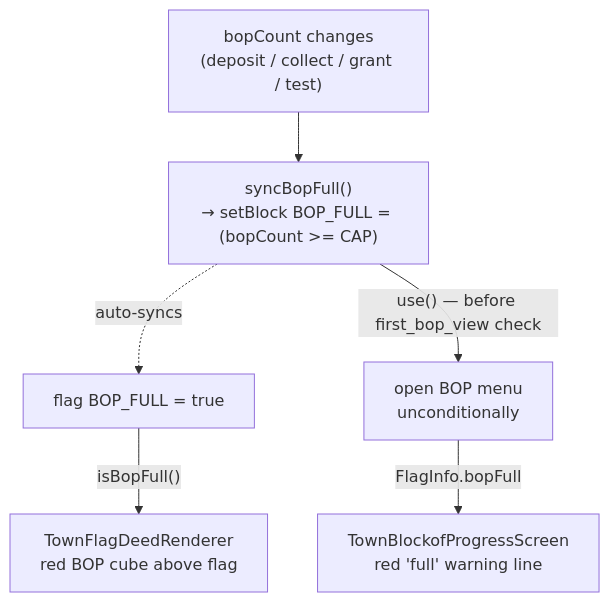
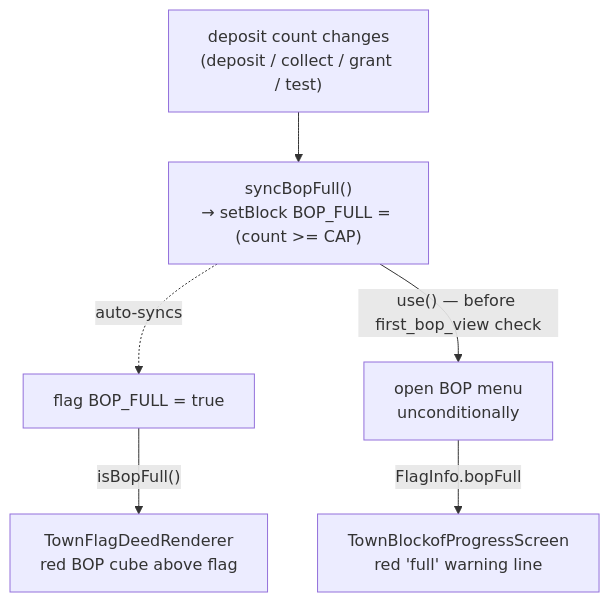
Before and after one commit to bradsk88/Questown: the sixth of 6 diagrams in src/main/java/ca/bradj/questown/town/entity/COMPLEX.md, drawn with Mermaid. The commit also changed other lines of this file and 22 other files, not shown here.

````diff
--- a/src/main/java/ca/bradj/questown/town/entity/COMPLEX.md
+++ b/src/main/java/ca/bradj/questown/town/entity/COMPLEX.md
@@ -136,8 +147,8 @@
 ```mermaid
 flowchart TD
-    Cap["bopCount changes\n(deposit / collect / grant / test)"] --> Sync["syncBopFull()\n→ setBlock BOP_FULL = (bopCount >= CAP)"]
+    Cap["deposit count changes\n(deposit / collect / grant / test)"] --> Sync["syncBopFull()\n→ setBlock BOP_FULL = (count >= CAP)"]
     Sync -.auto-syncs.-> Cl["flag BOP_FULL = true"]
     Cl -->|"isBopFull()"| Red["TownFlagDeedRenderer\nred BOP cube above flag"]
     Sync -->|"use() — before first_bop_view check"| Open["open BOP menu\nunconditionally"]
     Open -->|"FlagInfo.bopFull"| Warn["TownBlockofProgressScreen\nred 'full' warning line"]
 ```
````
